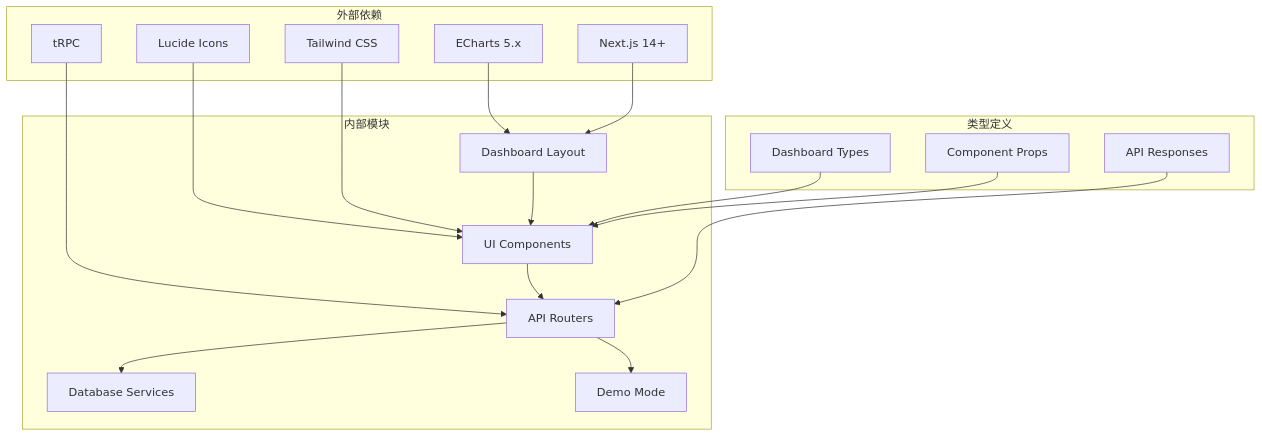
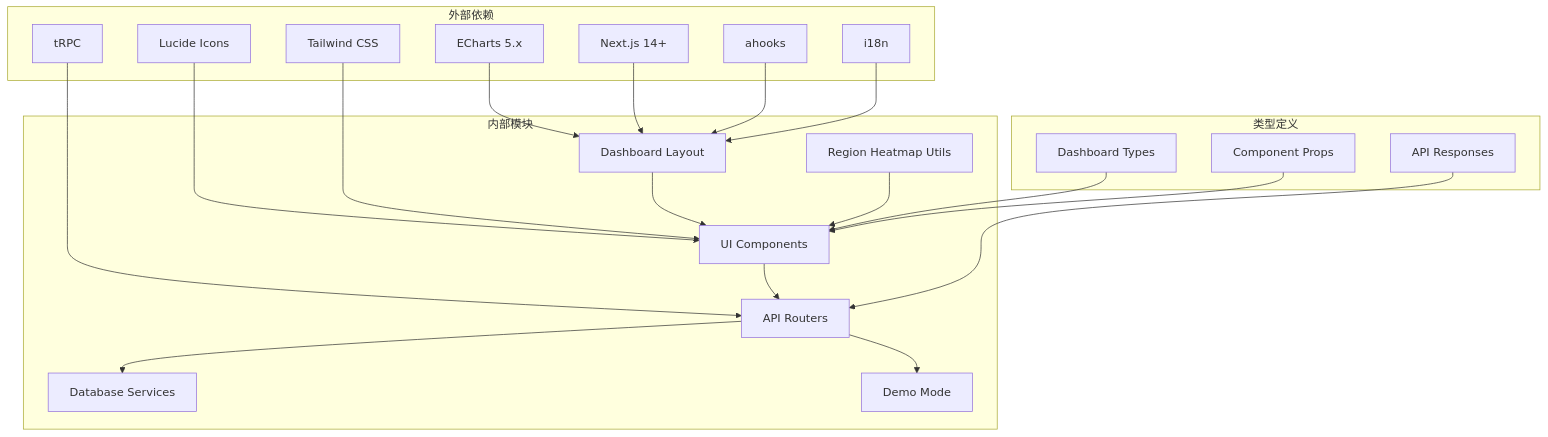
The tenth of 10 diagrams in .qoder/repowiki/zh/content/Dashboard Components.md (RadiumAg/AIGate), drawn with Mermaid before and after one commit. The commit also changed other lines of this file and 2 other files, not shown here.

Commit message:
docs(dashboard): 更新企业级仪表板系统文档及区域热力图优化
- 新增详细仪表板系统文档，涵盖架构、组件与性能
- 更新客户端-服务器分离及 tRPC 集成相关说明
- 补充统计卡片、组合趋势图、模型分布图和热力图等组件分析
- 增加故障排除指南和性能优化策略章节
- 优化区域热力图组件代码和数据聚合算法
- 增强世界地图视图的数据处理及本地化支持
- 更新依赖关系和项目结构说明

````diff
--- a/.qoder/repowiki/zh/content/Dashboard Components.md
+++ b/.qoder/repowiki/zh/content/Dashboard Components.md
@@ -364,34 +374,40 @@
 ```mermaid
 graph TB
 subgraph "外部依赖"
 A[ECharts 5.x]
 B[tRPC]
 C[Lucide Icons]
 D[Next.js 14+]
 E[Tailwind CSS]
+F[ahooks]
+G[i18n]
 end
 subgraph "内部模块"
-F[Dashboard Layout]
-G[UI Components]
-H[API Routers]
-I[Database Services]
-J[Demo Mode]
+H[Dashboard Layout]
+I[UI Components]
+J[API Routers]
+K[Database Services]
+L[Demo Mode]
+M[Region Heatmap Utils]
 end
 subgraph "类型定义"
-K[Dashboard Types]
-L[Component Props]
-M[API Responses]
+N[Dashboard Types]
+O[Component Props]
+P[API Responses]
 end
-A --> F
-B --> H
-C --> G
-D --> F
-E --> G
-F --> G
+A --> H
+B --> J
+C --> I
+D --> H
+E --> I
+F --> H
 G --> H
 H --> I
-H --> J
-K --> G
-L --> G
-M --> H
+I --> J
+J --> K
+J --> L
+M --> I
+N --> I
+O --> I
+P --> J
 ```
````
